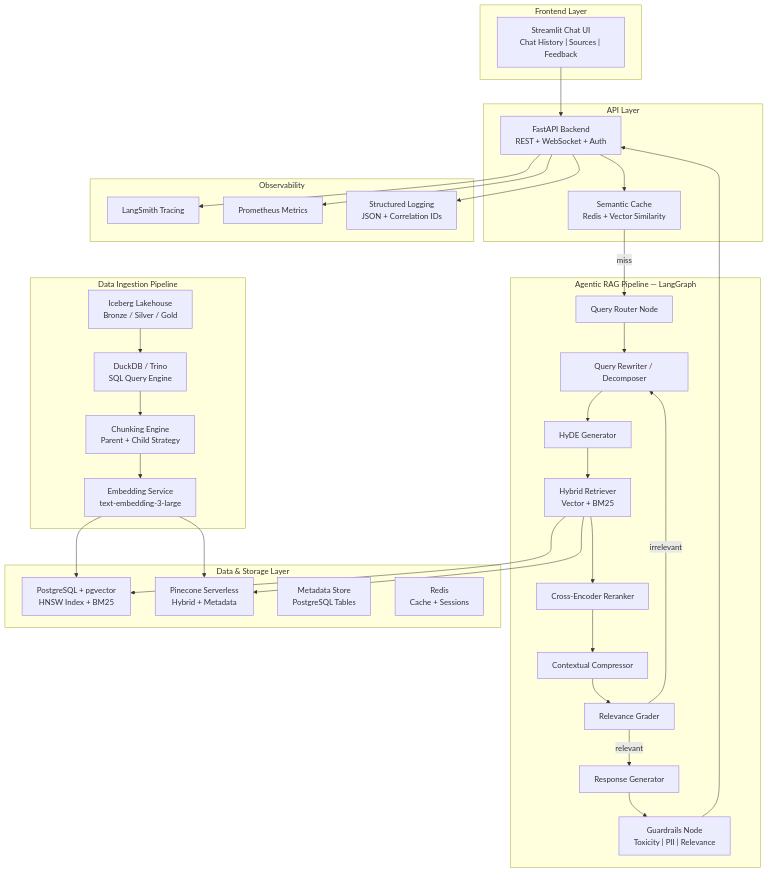
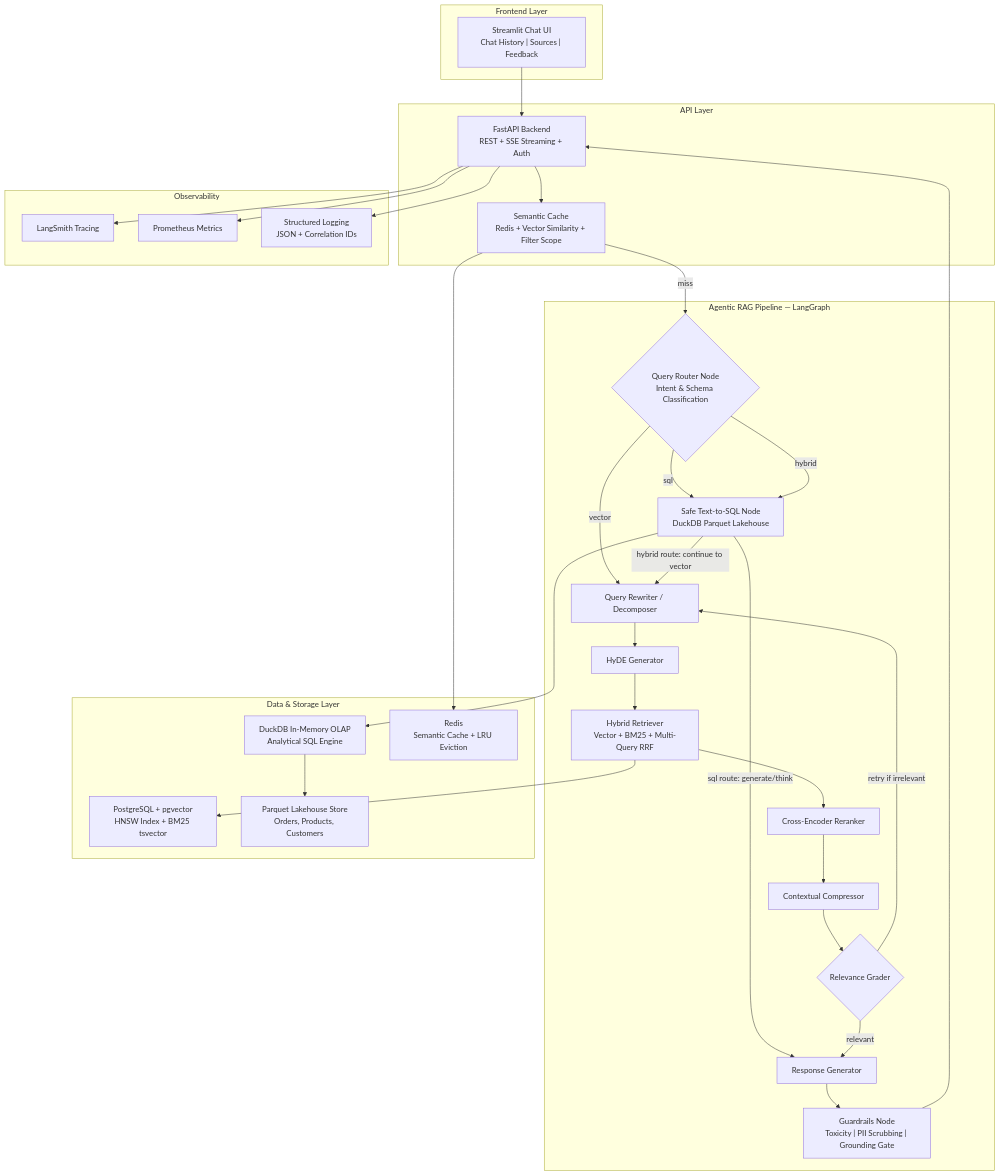
One commit to Soham-Barate/RAG-APP-Lakehouse-Analyst changed the diagram in README.md. Above: the diagram before and after it, drawn with Mermaid. The commit also changed other lines of this file and 108 other files, not shown here.

Commit message:
feat: complete hybrid lakehouse architecture, text-to-sql branch, and executive UI/UX overhaul

````diff
--- a/README.md
+++ b/README.md
@@ -19,67 +19,62 @@
 ```mermaid
 graph TB
     subgraph "Frontend Layer"
         UI["Streamlit Chat UI<br/>Chat History | Sources | Feedback"]
     end
 
     subgraph "API Layer"
-        API["FastAPI Backend<br/>REST + WebSocket + Auth"]
-        CACHE["Semantic Cache<br/>Redis + Vector Similarity"]
+        API["FastAPI Backend<br/>REST + SSE Streaming + Auth"]
+        CACHE["Semantic Cache<br/>Redis + Vector Similarity + Filter Scope"]
     end
 
     subgraph "Agentic RAG Pipeline — LangGraph"
-        ROUTER["Query Router Node"]
+        ROUTER{"Query Router Node<br/>Intent & Schema Classification"}
+        SQL_NODE["Safe Text-to-SQL Node<br/>DuckDB Parquet Lakehouse"]
         QR["Query Rewriter / Decomposer"]
         HYDE["HyDE Generator"]
-        RET["Hybrid Retriever<br/>Vector + BM25"]
+        RET["Hybrid Retriever<br/>Vector + BM25 + Multi-Query RRF"]
         RERANK["Cross-Encoder Reranker"]
         COMPRESS["Contextual Compressor"]
-        GRADE["Relevance Grader"]
+        GRADE{"Relevance Grader"}
         GEN["Response Generator"]
-        GUARD["Guardrails Node<br/>Toxicity | PII | Relevance"]
+        GUARD["Guardrails Node<br/>Toxicity | PII Scrubbing | Grounding Gate"]
     end
 
     subgraph "Data & Storage Layer"
-        PG["PostgreSQL + pgvector<br/>HNSW Index + BM25"]
-        PINE["Pinecone Serverless<br/>Hybrid + Metadata"]
-        META["Metadata Store<br/>PostgreSQL Tables"]
-        REDIS["Redis<br/>Cache + Sessions"]
-    end
-
-    subgraph "Data Ingestion Pipeline"
-        ICE["Iceberg Lakehouse<br/>Bronze / Silver / Gold"]
-        DUCK["DuckDB / Trino<br/>SQL Query Engine"]
-        CHUNK["Chunking Engine<br/>Parent + Child Strategy"]
-        EMB["Embedding Service<br/>text-embedding-3-large"]
+        PG["PostgreSQL + pgvector<br/>HNSW Index + BM25 tsvector"]
+        PARQUET["Parquet Lakehouse Store<br/>Orders, Products, Customers"]
+        DUCK["DuckDB In-Memory OLAP<br/>Analytical SQL Engine"]
+        REDIS["Redis<br/>Semantic Cache + LRU Eviction"]
     end
 
     subgraph "Observability"
         SMITH["LangSmith Tracing"]
         PROM["Prometheus Metrics"]
         LOG["Structured Logging<br/>JSON + Correlation IDs"]
     end
 
     UI --> API
     API --> CACHE
     CACHE -->|miss| ROUTER
-    ROUTER --> QR
+    ROUTER -->|sql| SQL_NODE
+    ROUTER -->|vector| QR
+    ROUTER -->|hybrid| SQL_NODE
+    SQL_NODE -->|sql route: generate/think| GEN
+    SQL_NODE -->|hybrid route: continue to vector| QR
     QR --> HYDE
     HYDE --> RET
     RET --> RERANK
     RERANK --> COMPRESS
     COMPRESS --> GRADE
     GRADE -->|relevant| GEN
-    GRADE -->|irrelevant| QR
+    GRADE -->|retry if irrelevant| QR
     GEN --> GUARD
     GUARD --> API
+    SQL_NODE --> DUCK
+    DUCK --> PARQUET
     RET --> PG
-    RET --> PINE
-    ICE --> DUCK
-    DUCK --> CHUNK
-    CHUNK --> EMB
-    EMB --> PG
-    EMB --> PINE
+    CACHE --> REDIS
     API --> SMITH
     API --> PROM
     API --> LOG
 ```
````
